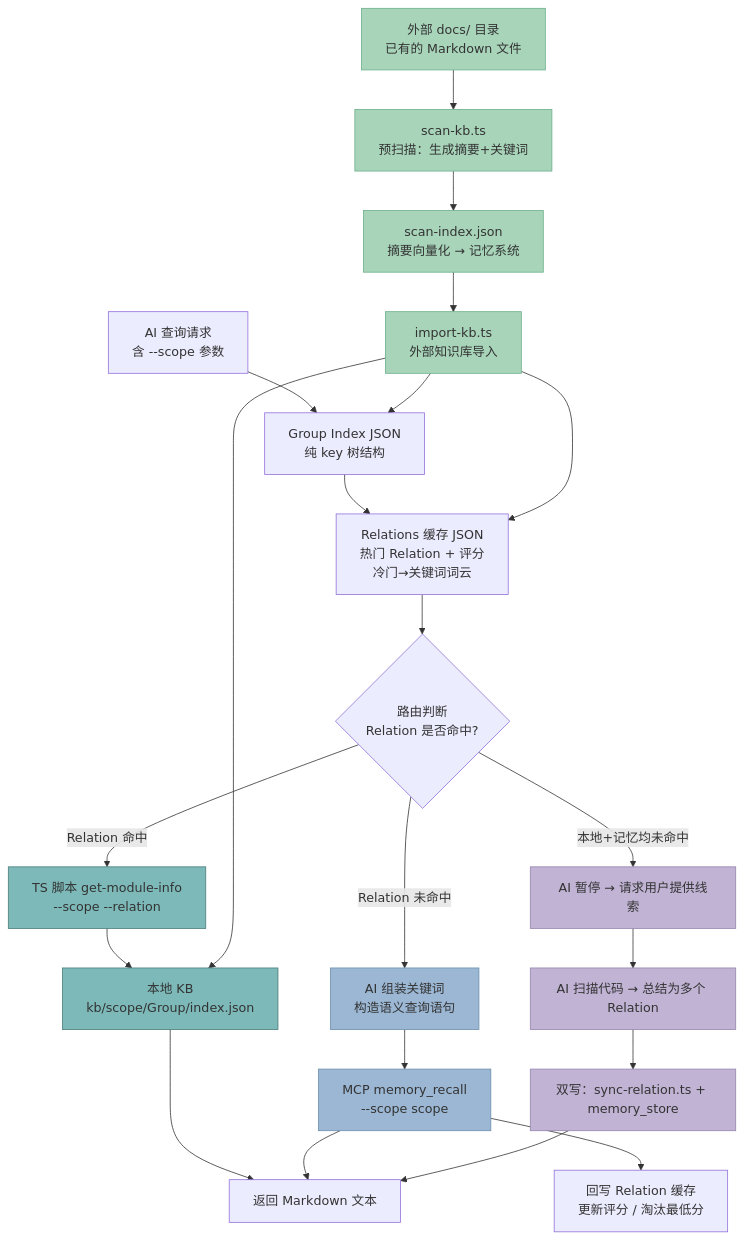
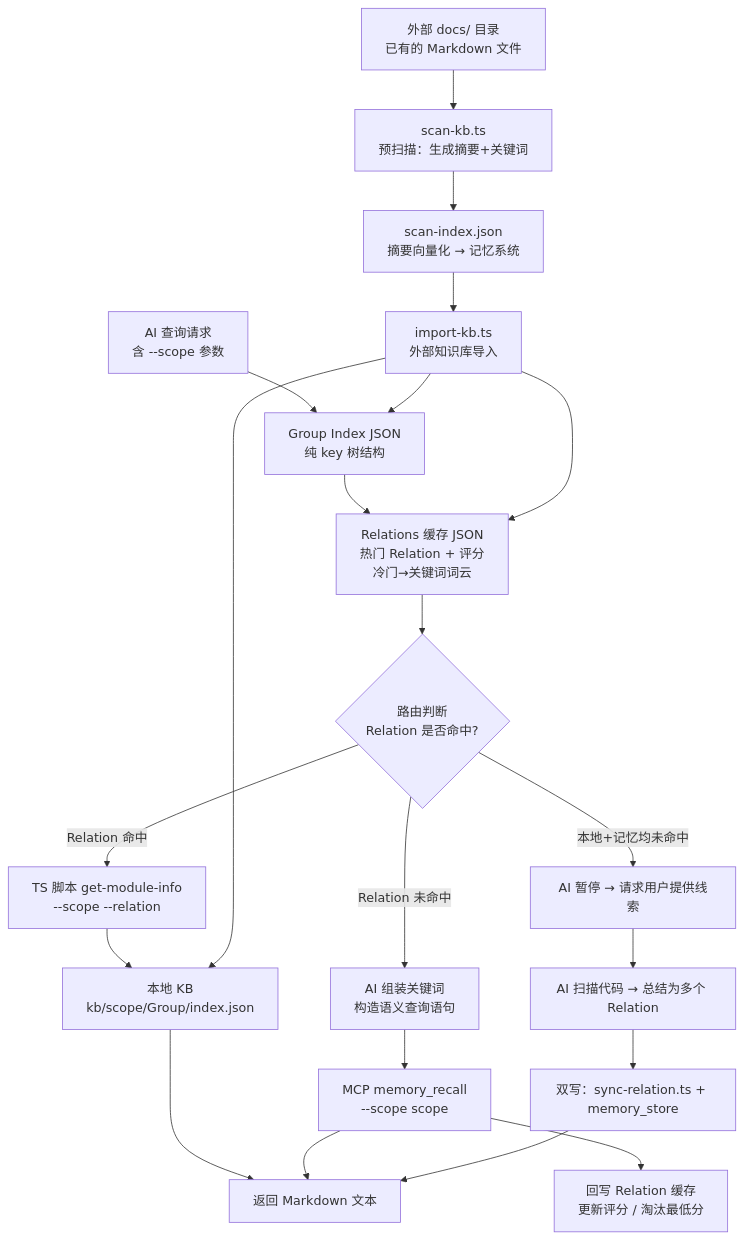
The first of 9 diagrams in docs/knowledge-index-skill_DESIGN.md (HACK-WU/memory-lancedb-mcp), drawn with Mermaid before and after one commit. The commit also changed other lines of this file and 19 other files, not shown here.

````diff
--- a/docs/knowledge-index-skill_DESIGN.md
+++ b/docs/knowledge-index-skill_DESIGN.md
@@ -132,54 +142,42 @@
 ```mermaid
 flowchart TD
     Q[AI 查询请求<br/>含 --scope 参数]
     G[Group Index JSON<br/>纯 key 树结构]
     R[Relations 缓存 JSON<br/>热门 Relation + 评分<br/>冷门→关键词词云]
     ROUTE{路由判断<br/>Relation 是否命中?}
     TS[TS 脚本 get-module-info<br/>--scope --relation]
     KB[本地 KB<br/>kb/scope/Group/index.json]
     KW[AI 组装关键词<br/>构造语义查询语句]
     MCP[MCP memory_recall<br/>--scope scope]
     PAUSE[AI 暂停 → 请求用户提供线索]
     SCAN[AI 扫描代码 → 总结为多个 Relation]
     DUAL[双写：sync-relation.ts + memory_store]
     RES[返回 Markdown 文本]
     CACHE[回写 Relation 缓存<br/>更新评分 / 淘汰最低分]
 
     Q --> G
     G --> R
     R --> ROUTE
     ROUTE -- "Relation 命中" --> TS
     TS --> KB
     KB --> RES
     ROUTE -- "Relation 未命中" --> KW
     KW --> MCP
     MCP --> RES
     MCP --> CACHE
     ROUTE -- "本地+记忆均未命中" --> PAUSE
     PAUSE --> SCAN
     SCAN --> DUAL
     DUAL --> RES
 
     IMPORT[import-kb.ts<br/>外部知识库导入]
     EXT[外部 docs/ 目录<br/>已有的 Markdown 文件]
     PRESCAN[scan-kb.ts<br/>预扫描：生成摘要+关键词]
     SCANIDX[scan-index.json<br/>摘要向量化 → 记忆系统]
     EXT --> PRESCAN
     PRESCAN --> SCANIDX
     SCANIDX --> IMPORT
     IMPORT --> G
     IMPORT --> R
     IMPORT --> KB
-
-    style TS fill:#7CB9B8,stroke:#4A7C7B
-    style KB fill:#7CB9B8,stroke:#4A7C7B
-    style KW fill:#9BB7D4,stroke:#6A8FAD
-    style MCP fill:#9BB7D4,stroke:#6A8FAD
-    style PAUSE fill:#C0B3D4,stroke:#9585AD
-    style SCAN fill:#C0B3D4,stroke:#9585AD
-    style DUAL fill:#C0B3D4,stroke:#9585AD
-    style IMPORT fill:#A8D5BA,stroke:#6BAF8A
-    style EXT fill:#A8D5BA,stroke:#6BAF8A
-    style PRESCAN fill:#A8D5BA,stroke:#6BAF8A
-    style SCANIDX fill:#A8D5BA,stroke:#6BAF8A
 ```
````
